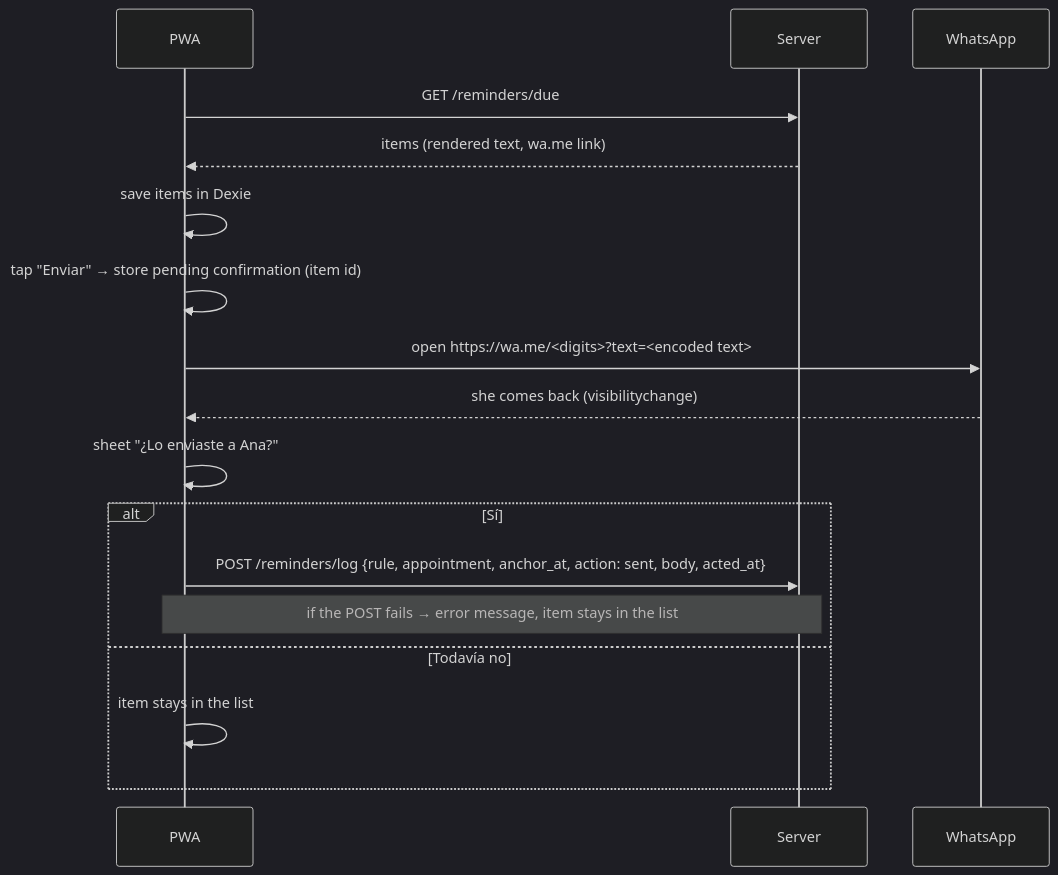
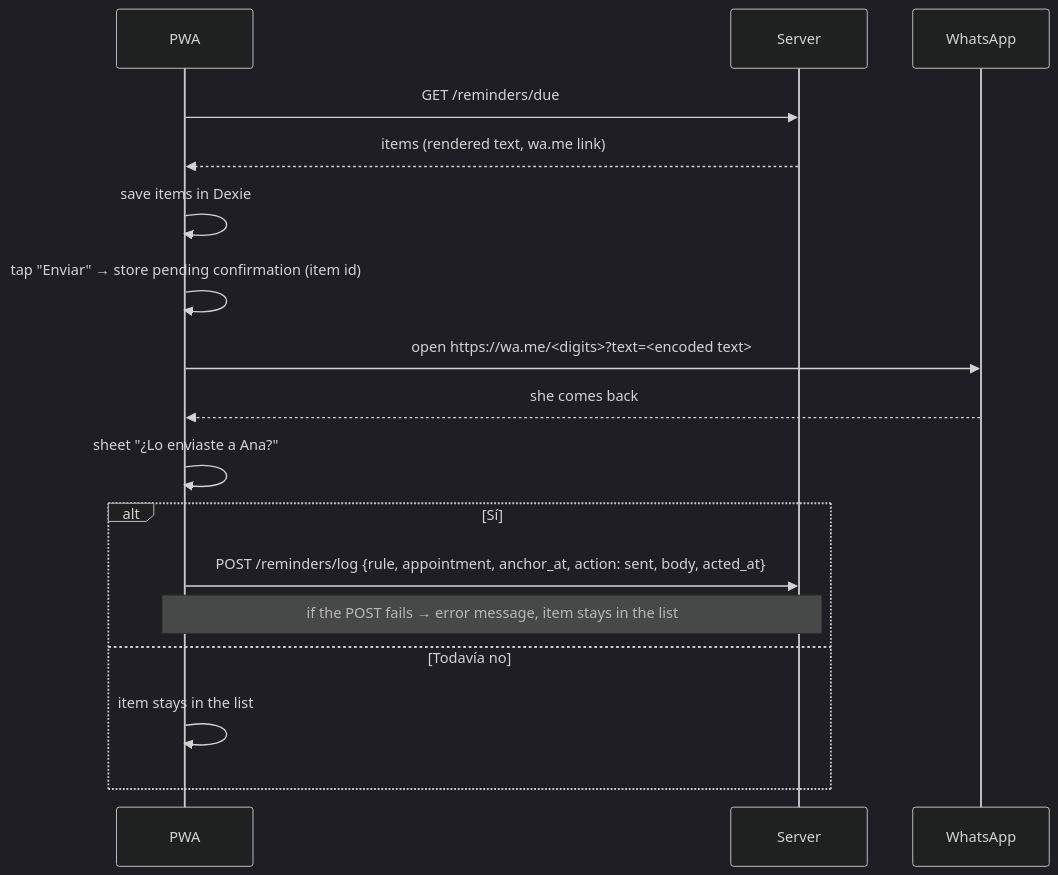
One commit to jnaranj09/open-customer changed the second of 2 diagrams in docs/designs/release-1.md. Above: the diagram before and after it, drawn with Mermaid (dark theme). The commit also changed other lines of this file and 13 other files, not shown here.

````diff
--- a/docs/designs/release-1.md
+++ b/docs/designs/release-1.md
@@ -553,19 +553,19 @@
 ```mermaid
 sequenceDiagram
   participant P as PWA
   participant S as Server
   participant W as WhatsApp
   P->>S: GET /reminders/due
   S-->>P: items (rendered text, wa.me link)
   P->>P: save items in Dexie
   P->>P: tap "Enviar" → store pending confirmation (item id)
   P->>W: open https://wa.me/<digits>?text=<encoded text>
-  W-->>P: she comes back (visibilitychange)
+  W-->>P: she comes back
   P->>P: sheet "¿Lo enviaste a Ana?"
   alt Sí
     P->>S: POST /reminders/log {rule, appointment, anchor_at, action: sent, body, acted_at}
     Note over P,S: if the POST fails → error message, item stays in the list
   else Todavía no
     P->>P: item stays in the list
   end
 ```
````
